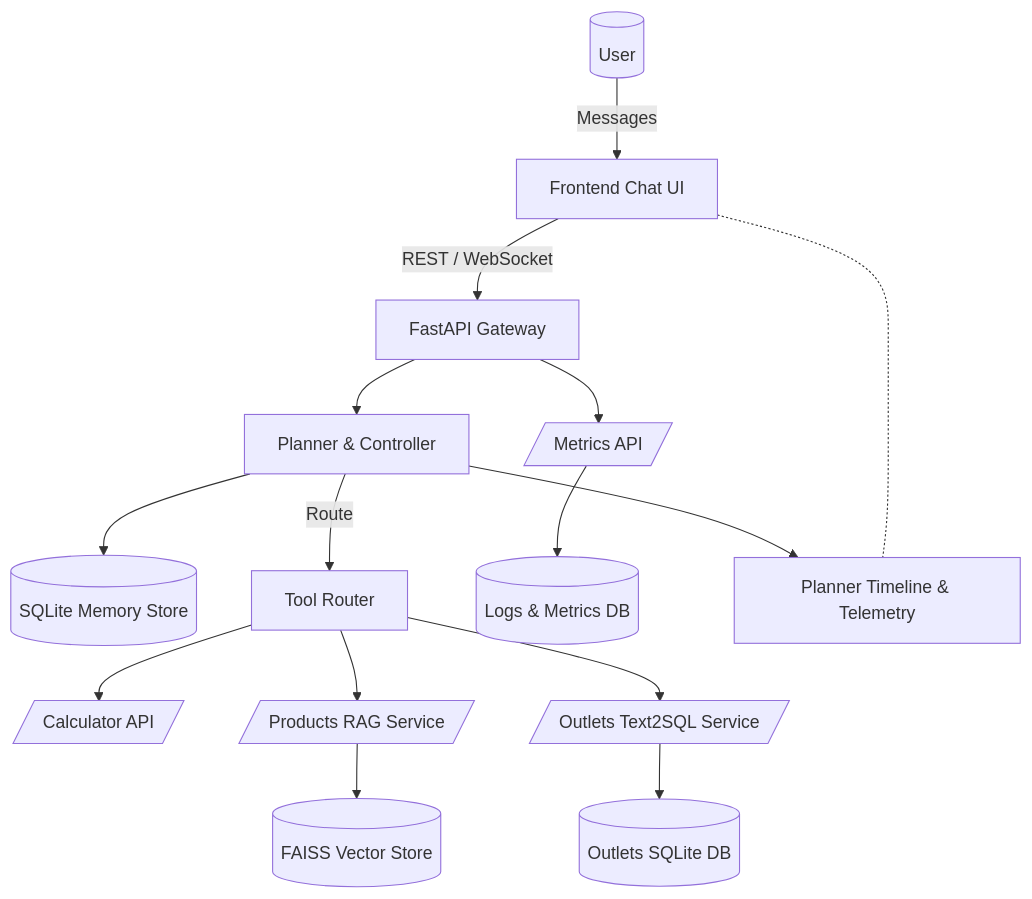
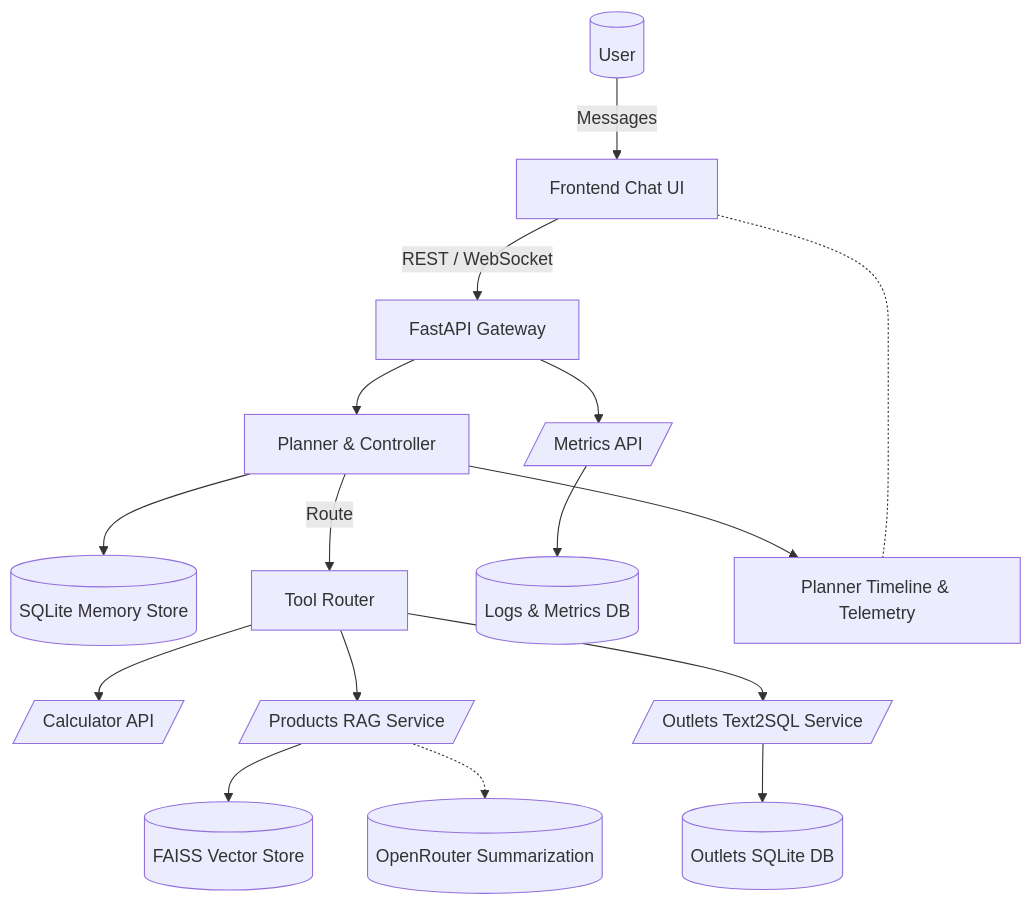
One commit to ryzncodes/chatbot-agent changed the diagram in docs/diagrams/system-architecture.mmd. Above: the diagram before and after it, drawn with Mermaid. The commit also changed 8 other files, not shown here.

First line of the commit message:
Add Mermaid diagram exports and update system architecture

```diff
--- a/docs/diagrams/system-architecture.mmd
+++ b/docs/diagrams/system-architecture.mmd
@@ -1,15 +1,16 @@
 graph TD
     User[(User)] -->|Messages| Frontend[Frontend Chat UI]
     Frontend -->|REST / WebSocket| Gateway[FastAPI Gateway]
     Gateway --> Planner[Planner & Controller]
     Planner --> Memory[(SQLite Memory Store)]
     Planner -->|Route| ToolsRouter[Tool Router]
     ToolsRouter --> Calc[/Calculator API/]
     ToolsRouter --> Products[/Products RAG Service/]
     ToolsRouter --> Outlets[/Outlets Text2SQL Service/]
     Products --> Faiss[(FAISS Vector Store)]
+    Products -.-> OpenRouter[(OpenRouter Summarization)]
     Outlets --> OutletsDB[(Outlets SQLite DB)]
     Gateway --> Metrics[/Metrics API/]
     Metrics --> Observability[(Logs & Metrics DB)]
     Planner --> Timeline[Planner Timeline & Telemetry]
     Frontend <-.- Timeline
```
